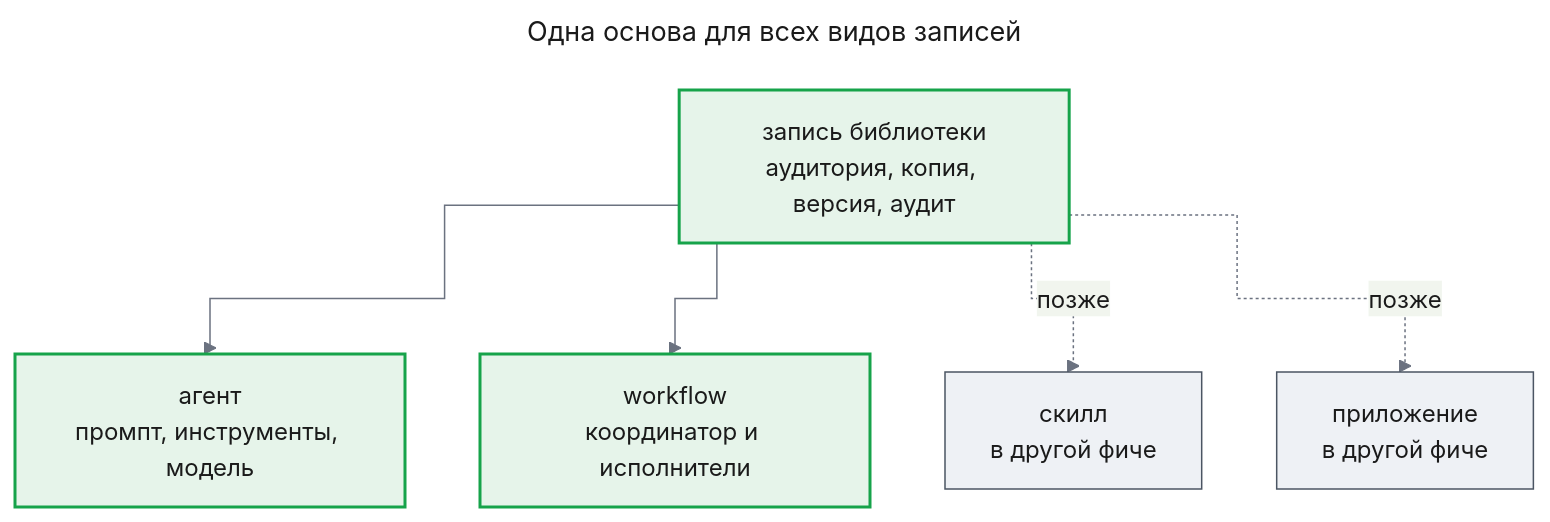
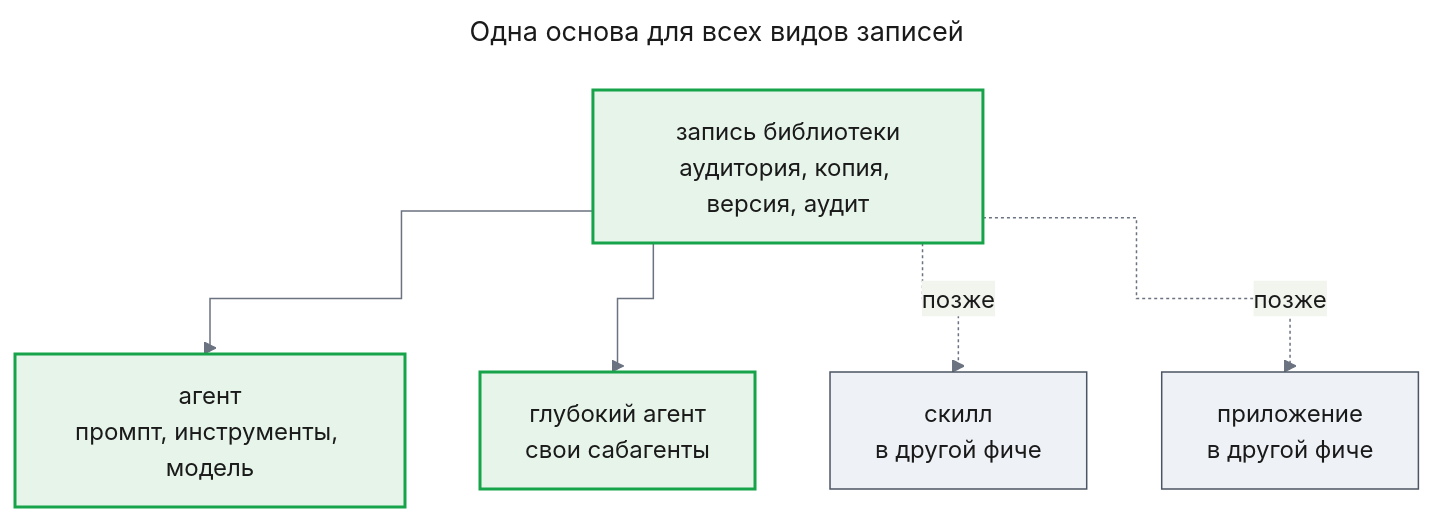
One commit to tundraray/agent-os changed the second of 5 diagrams in docs/features/custom-agents/prd.md. Above: the diagram before and after it, drawn with Mermaid. The commit also changed other lines of this file and 1225 other files, not shown here.

````diff
--- a/docs/features/custom-agents/prd.md
+++ b/docs/features/custom-agents/prd.md
@@ -107,27 +106,27 @@
 ```mermaid
 ---
 title: "Одна основа для всех видов записей"
 config:
   theme: base
   look: classic
   themeVariables:
     primaryColor: "#eef1f5"
     primaryBorderColor: "#4b5563"
     primaryTextColor: "#1a1a1a"
     lineColor: "#6b7280"
   flowchart:
     curve: step
 ---
 flowchart TD
     base["запись библиотеки<br/>аудитория, копия, версия, аудит"]
     agent["агент<br/>промпт, инструменты, модель"]
-    wf["workflow<br/>координатор и исполнители"]
+    wf["глубокий агент<br/>свои сабагенты"]
     skill["скилл<br/>в другой фиче"]
     app["приложение<br/>в другой фиче"]
     base --> agent
     base --> wf
     base -.->|"позже"| skill
     base -.->|"позже"| app
     classDef new fill:#e6f4ea,stroke:#16a34a,stroke-width:2px,color:#1a1a1a
     class base,agent,wf new
 ```
````
